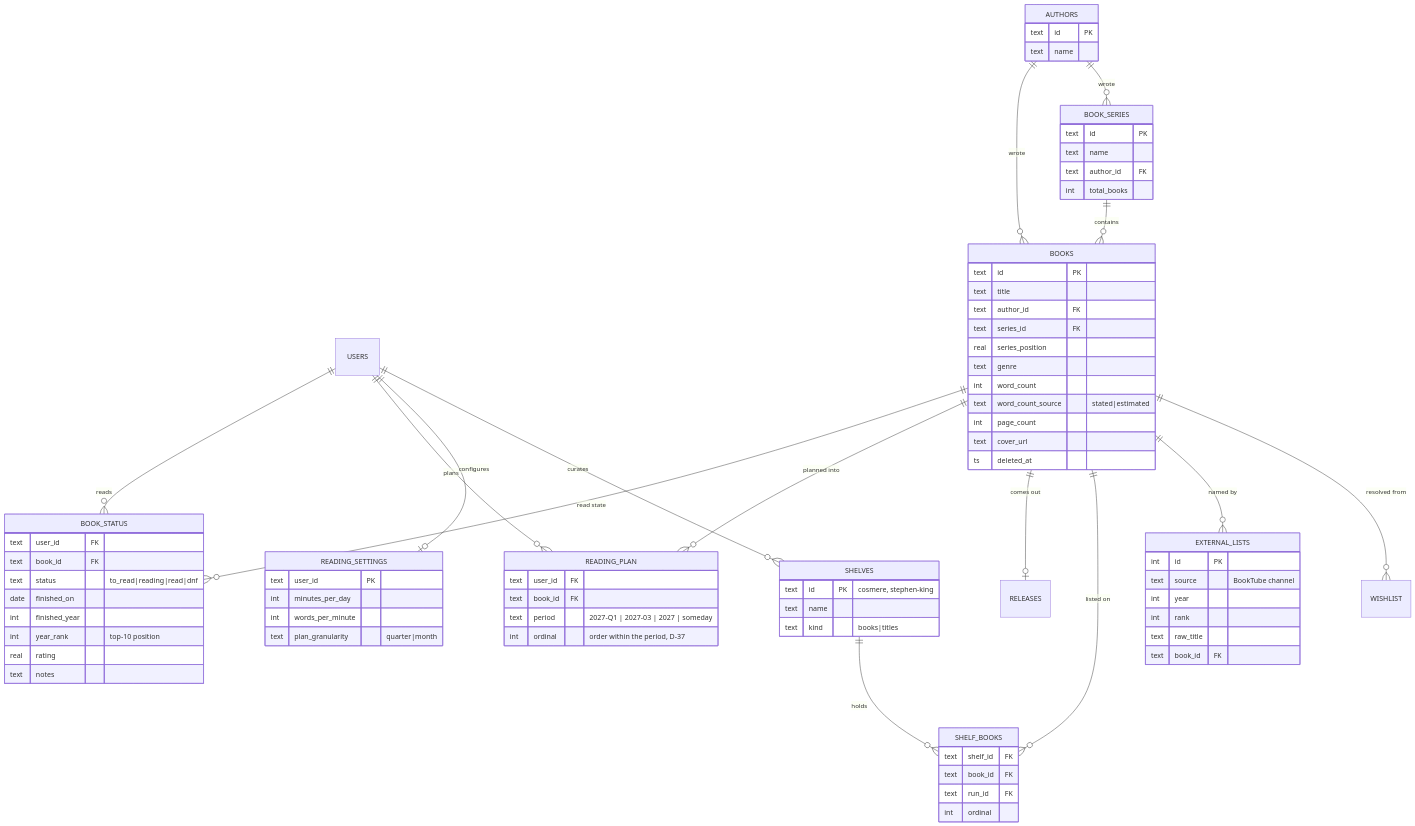
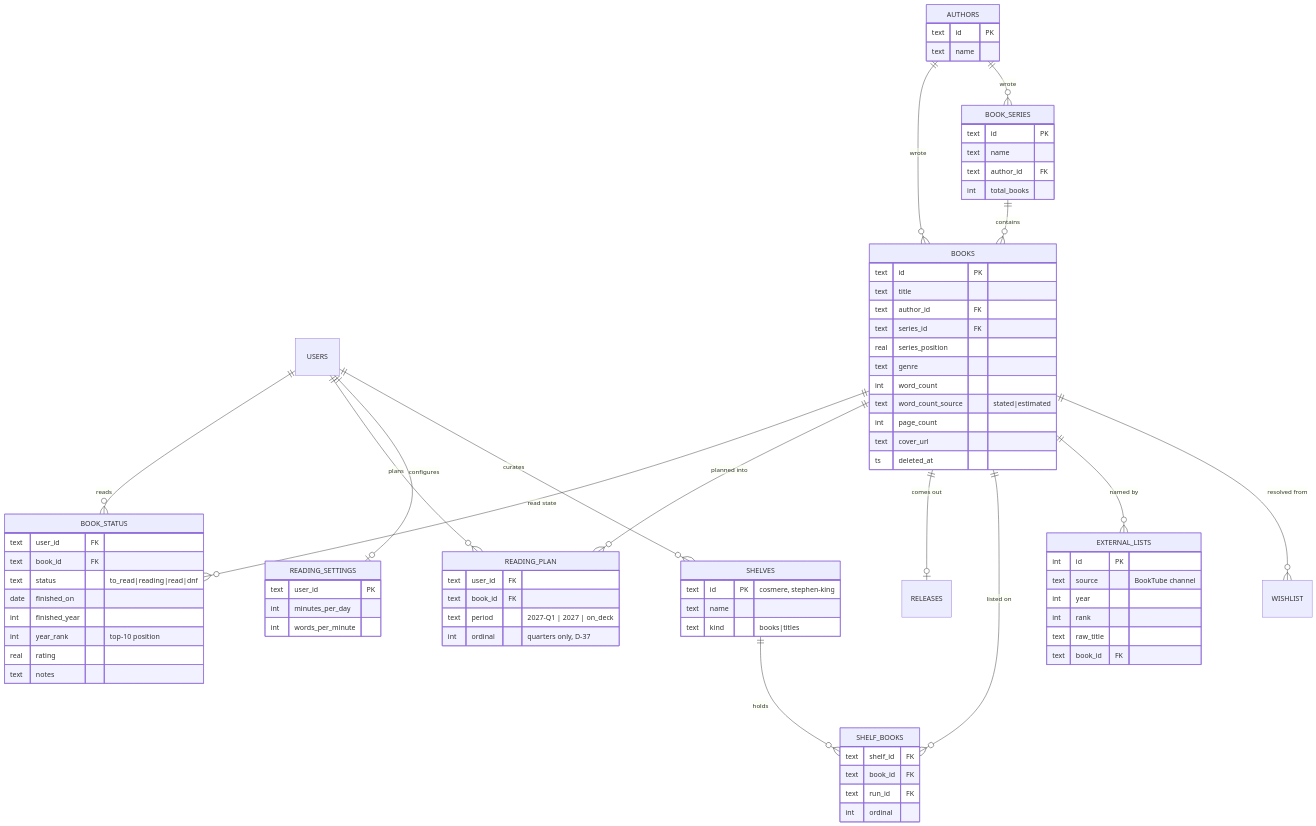
Before and after one commit to jtillmanio/ledger: the second of 14 diagrams in docs/DIAGRAMS.md, drawn with Mermaid. The commit also changed other lines of this file and 16 other files, not shown here.

```diff
--- a/docs/DIAGRAMS.md
+++ b/docs/DIAGRAMS.md
@@ -157,7 +157,6 @@
         text user_id PK
         int  minutes_per_day
         int  words_per_minute
-        text plan_granularity "quarter|month"
     }
     AUTHORS {
         text id PK
@@ -195,8 +194,8 @@
     READING_PLAN {
         text user_id FK
         text book_id FK
-        text period "2027-Q1 | 2027-03 | 2027 | someday"
-        int  ordinal "order within the period, D-37"
+        text period "2027-Q1 | 2027 | on_deck"
+        int  ordinal "quarters only, D-37"
     }
     SHELVES {
         text id PK "cosmere, stephen-king"
```
